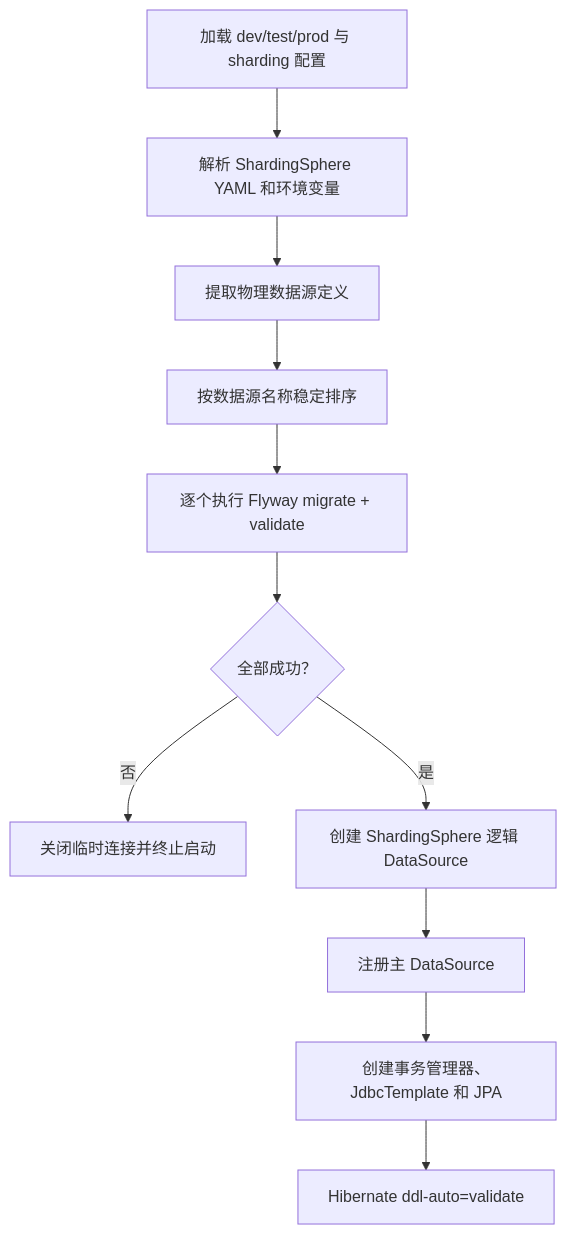
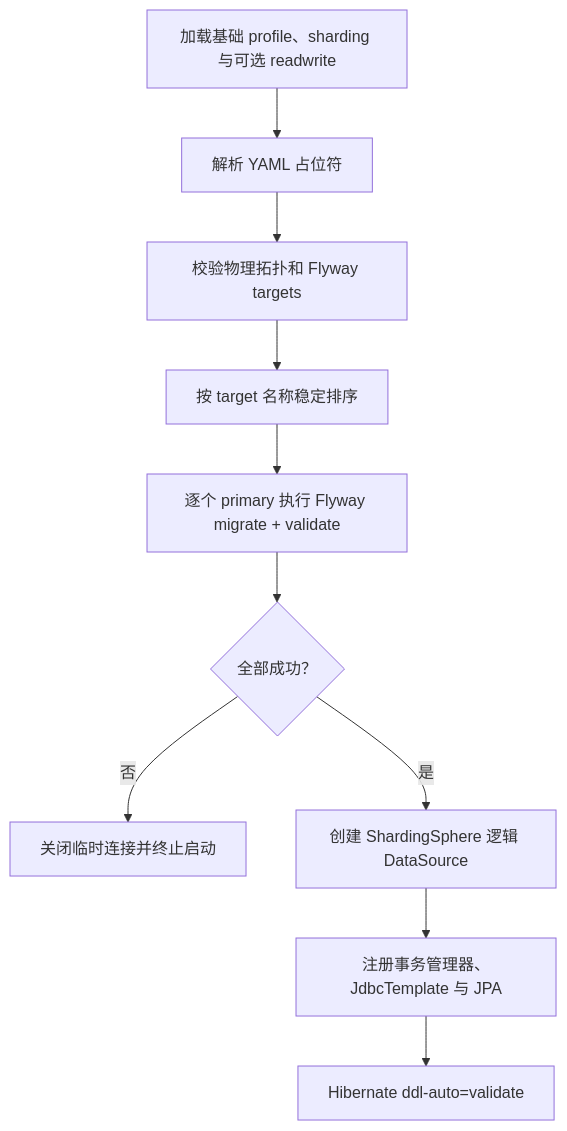
One commit to AllenDEricDAlexander/Egon-COLA changed the diagram in docs/superpowers/specs/2026-07-23-archetype-shardingsphere-flyway-design.md. Above: the diagram before and after it, drawn with Mermaid. The commit also changed other lines of this file, not shown here.

````diff
--- a/docs/superpowers/specs/2026-07-23-archetype-shardingsphere-flyway-design.md
+++ b/docs/superpowers/specs/2026-07-23-archetype-shardingsphere-flyway-design.md
@@ -228,13 +638,12 @@
 ```mermaid
 flowchart TD
-    A["加载 dev/test/prod 与 sharding 配置"] --> B["解析 ShardingSphere YAML 和环境变量"]
-    B --> C["提取物理数据源定义"]
-    C --> D["按数据源名称稳定排序"]
-    D --> E["逐个执行 Flyway migrate + validate"]
+    A["加载基础 profile、sharding 与可选 readwrite"] --> B["解析 YAML 占位符"]
+    B --> C["校验物理拓扑和 Flyway targets"]
+    C --> D["按 target 名称稳定排序"]
+    D --> E["逐个 primary 执行 Flyway migrate + validate"]
     E --> F{"全部成功？"}
     F -- "否" --> G["关闭临时连接并终止启动"]
     F -- "是" --> H["创建 ShardingSphere 逻辑 DataSource"]
-    H --> I["注册主 DataSource"]
-    I --> J["创建事务管理器、JdbcTemplate 和 JPA"]
-    J --> K["Hibernate ddl-auto=validate"]
+    H --> I["注册事务管理器、JdbcTemplate 与 JPA"]
+    I --> J["Hibernate ddl-auto=validate"]
 ```
````
